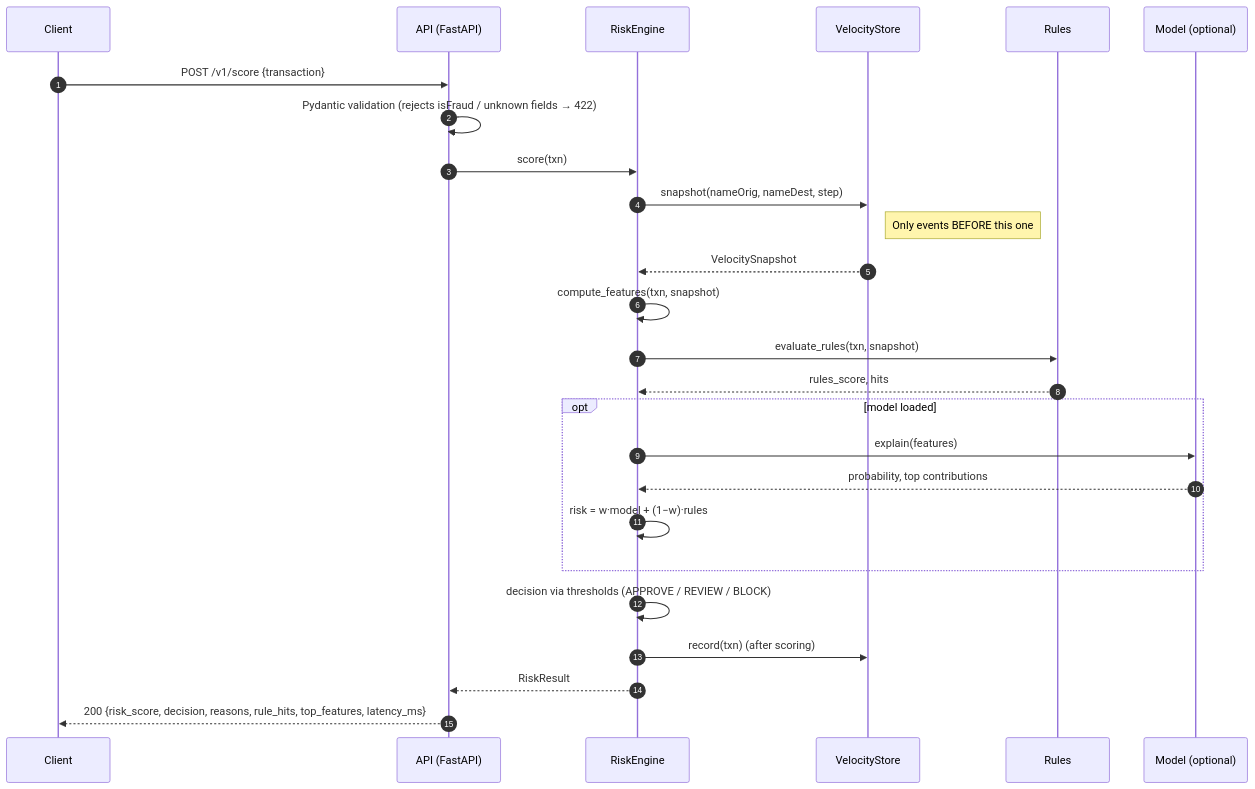
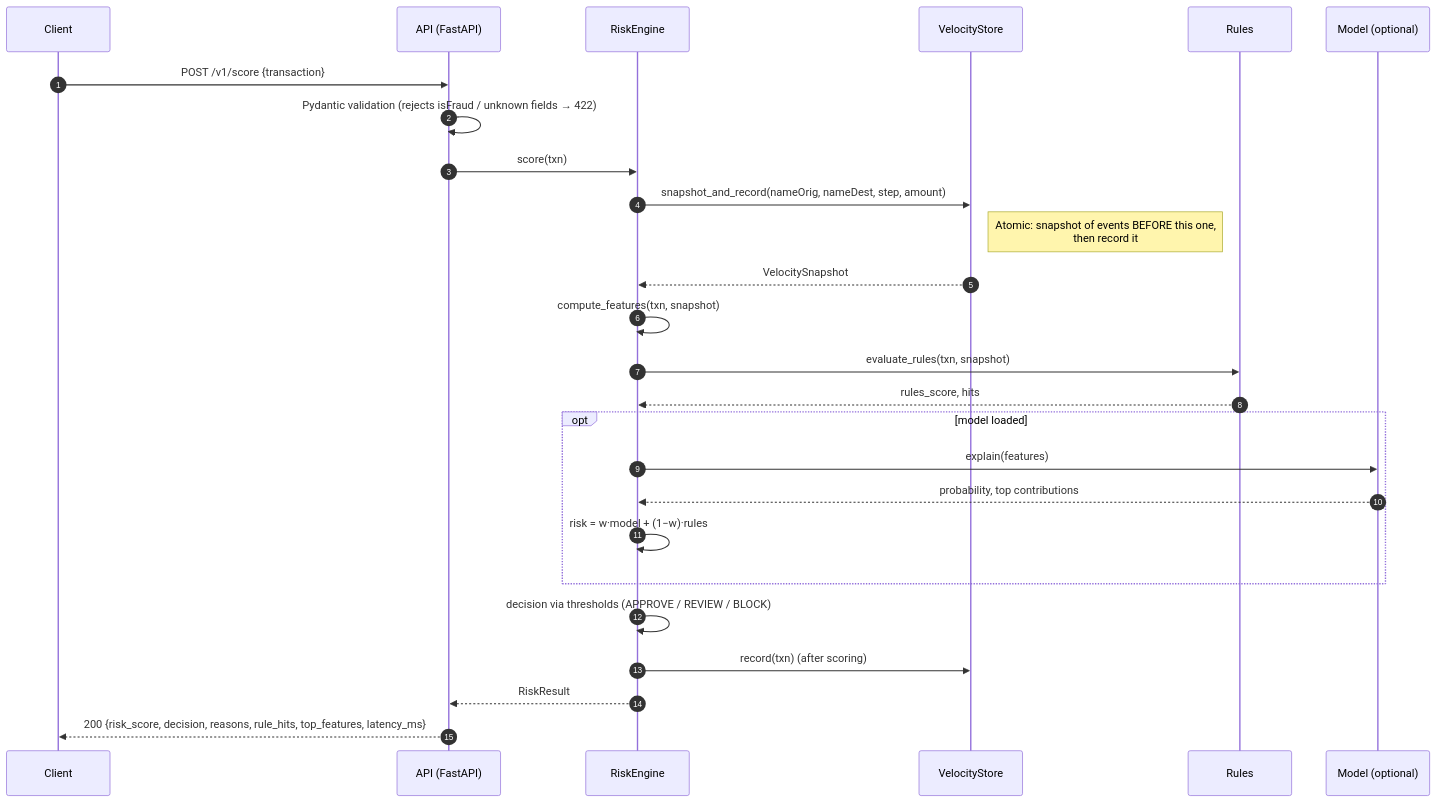
One commit to Csaf111/realtime-fraud-risk-engine changed the second of 5 diagrams in docs/architecture.md. Above: the diagram before and after it, drawn with Mermaid. The commit also changed other lines of this file and 9 other files, not shown here.

````diff
--- a/docs/architecture.md
+++ b/docs/architecture.md
@@ -21,29 +21,29 @@
 ```mermaid
 sequenceDiagram
     autonumber
     participant C as Client
     participant A as API (FastAPI)
     participant E as RiskEngine
     participant S as VelocityStore
     participant R as Rules
     participant M as Model (optional)
 
     C->>A: POST /v1/score {transaction}
     A->>A: Pydantic validation (rejects isFraud / unknown fields → 422)
     A->>E: score(txn)
-    E->>S: snapshot(nameOrig, nameDest, step)
-    Note right of S: Only events BEFORE this one
+    E->>S: snapshot_and_record(nameOrig, nameDest, step, amount)
+    Note right of S: Atomic: snapshot of events BEFORE this one,<br/>then record it
     S-->>E: VelocitySnapshot
     E->>E: compute_features(txn, snapshot)
     E->>R: evaluate_rules(txn, snapshot)
     R-->>E: rules_score, hits
     opt model loaded
         E->>M: explain(features)
         M-->>E: probability, top contributions
         E->>E: risk = w·model + (1−w)·rules
     end
     E->>E: decision via thresholds (APPROVE / REVIEW / BLOCK)
     E->>S: record(txn)  (after scoring)
     E-->>A: RiskResult
     A-->>C: 200 {risk_score, decision, reasons, rule_hits, top_features, latency_ms}
 ```
````
